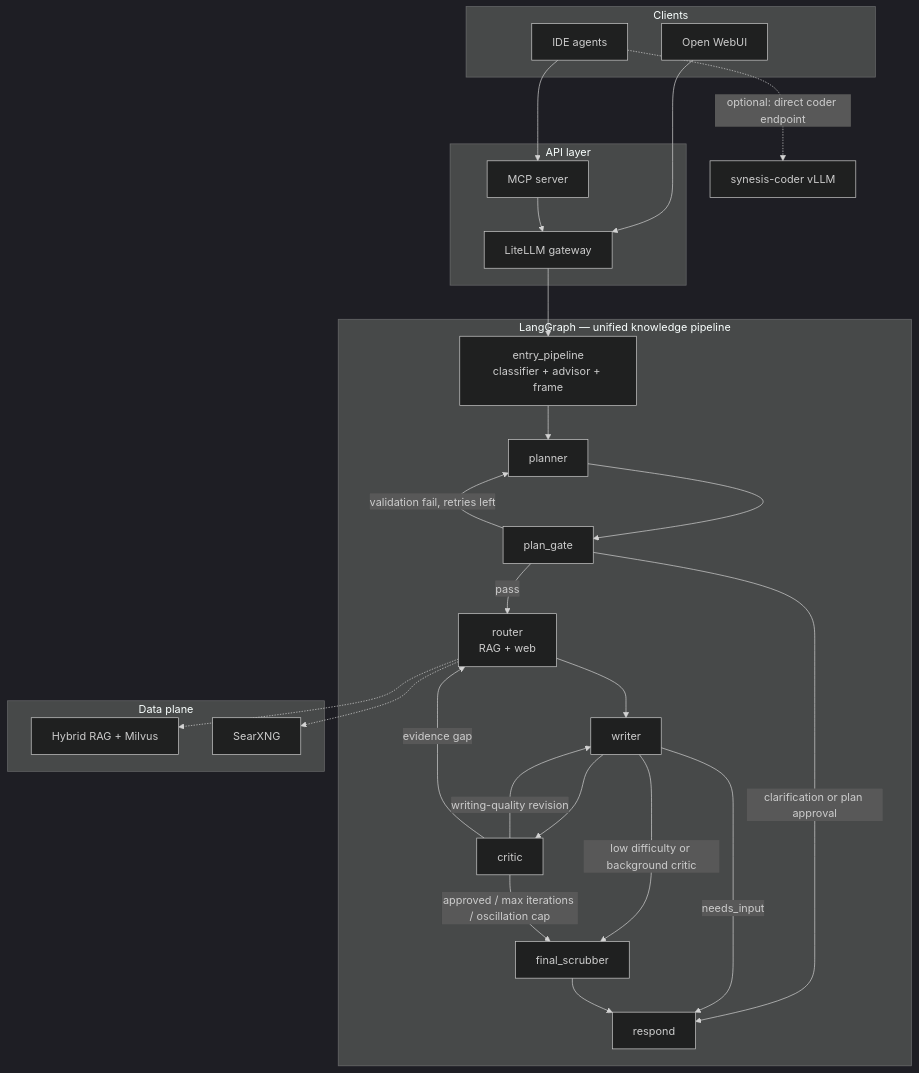
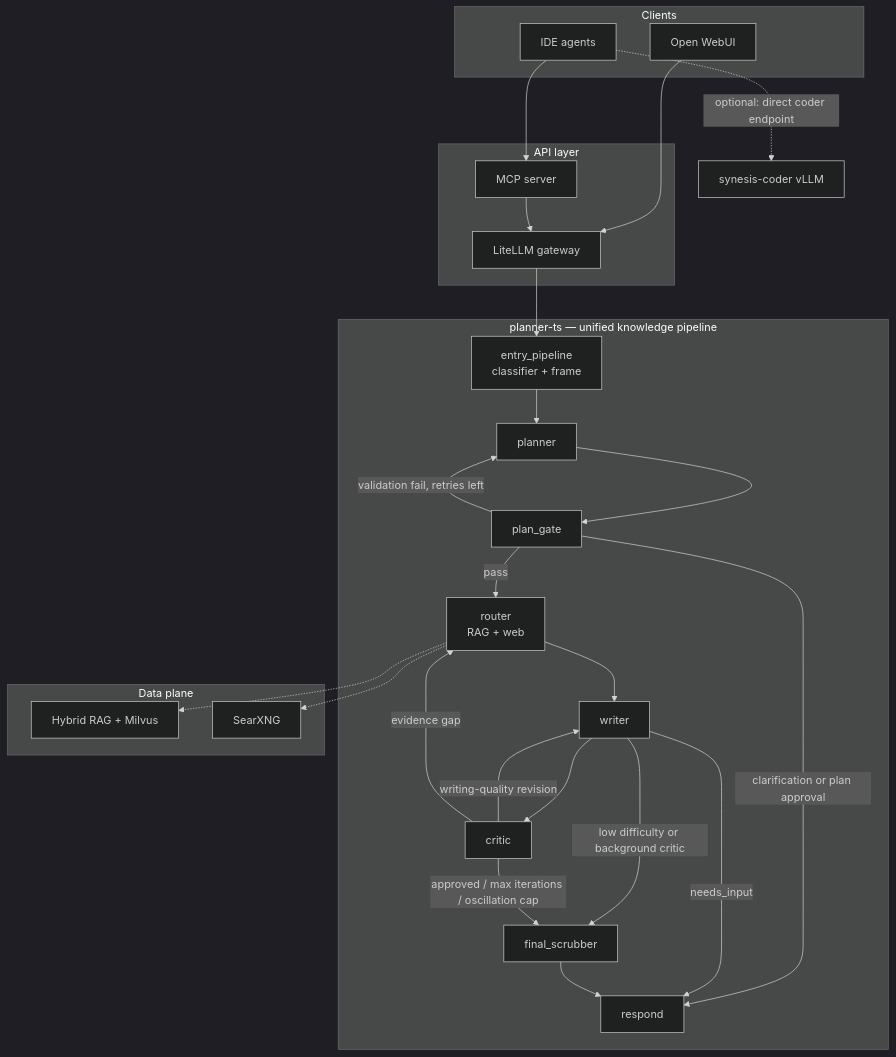
Before and after one commit to supernovae/synesis: the diagram in README.md, drawn with Mermaid (dark theme). The commit also changed other lines of this file and 26 other files, not shown here.

````diff
--- a/README.md
+++ b/README.md
@@ -41,49 +41,49 @@
 ```mermaid
 flowchart TD
     subgraph clients [Clients]
         WebUI[Open WebUI]
         IDE[IDE agents]
     end
 
     subgraph gateway [API layer]
         LiteLLM[LiteLLM gateway]
         MCP[MCP server]
     end
 
-    subgraph graph [LangGraph — unified knowledge pipeline]
-        EP[entry_pipeline\nclassifier + advisor + frame]
+    subgraph graph [planner-ts — unified knowledge pipeline]
+        EP[entry_pipeline\nclassifier + frame]
         PL[planner]
         PG[plan_gate]
         RT[router\nRAG + web]
         WR[writer]
         CR[critic]
         FS[final_scrubber]
         RS[respond]
     end
 
     subgraph support [Data plane]
         RAG[Hybrid RAG + Milvus]
         WEB[SearXNG]
     end
 
     WebUI --> LiteLLM
     IDE --> MCP
     IDE -.->|optional: direct coder endpoint| CoderEP[synesis-coder vLLM]
     MCP --> LiteLLM
     LiteLLM --> EP
     EP --> PL --> PG
     PG -->|validation fail, retries left| PL
     PG -->|clarification or plan approval| RS
     PG -->|pass| RT
     RT --> WR
     WR -->|needs_input| RS
     WR -->|low difficulty or background critic| FS
     WR --> CR
     CR -->|writing-quality revision| WR
     CR -->|evidence gap| RT
     CR -->|approved / max iterations / oscillation cap| FS
     FS --> RS
 
     RT -.-> RAG
     RT -.-> WEB
 ```
````
